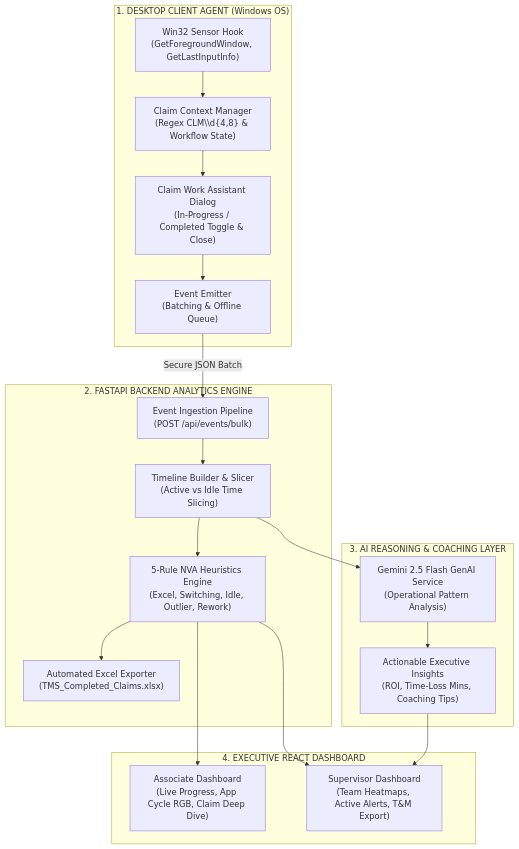
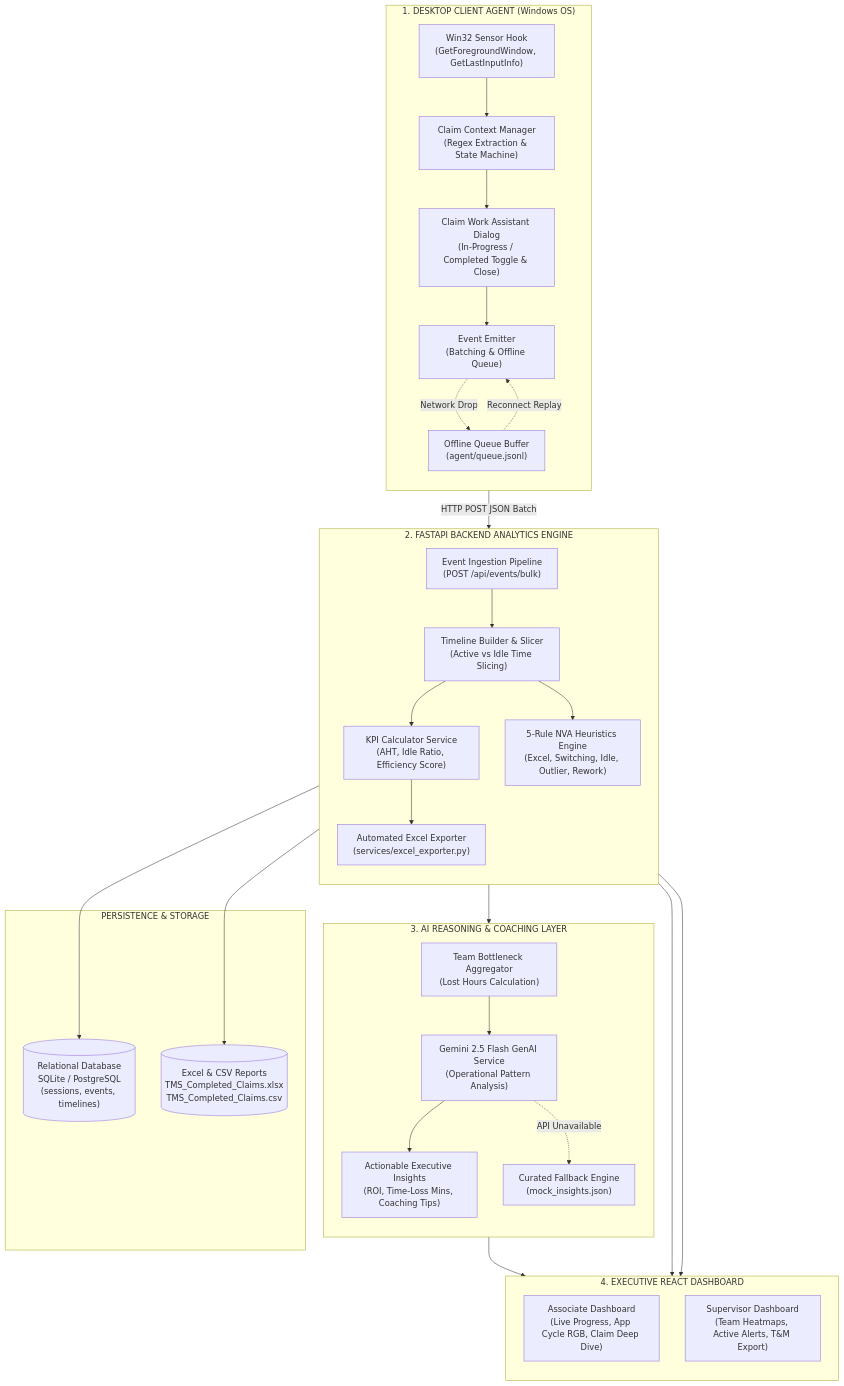
Before and after one commit to Gokul2004-ne/TMS: the first of 2 diagrams in README.md, drawn with Mermaid. The commit also changed other lines of this file, not shown here.

Commit message:
docs: structure and align README with verified diagrams and development method

````diff
--- a/README.md
+++ b/README.md
@@ -37,34 +37,62 @@
 ```mermaid
-graph TD
-    subgraph Layer1["1. DESKTOP CLIENT AGENT (Windows OS)"]
+flowchart TD
+    subgraph ClientLayer ["1. DESKTOP CLIENT AGENT (Windows OS)"]
+        direction TB
         W32["Win32 Sensor Hook<br/>(GetForegroundWindow, GetLastInputInfo)"]
-        CCM["Claim Context Manager<br/>(Regex CLM\\d{4,8} & Workflow State)"]
+        CCM["Claim Context Manager<br/>(Regex Extraction & State Machine)"]
         DLG["Claim Work Assistant Dialog<br/>(In-Progress / Completed Toggle & Close)"]
         EMIT["Event Emitter<br/>(Batching & Offline Queue)"]
-        W32 --> CCM --> DLG --> EMIT
+        DISK["Offline Queue Buffer<br/>(agent/queue.jsonl)"]
+
+        W32 --> CCM
+        CCM --> DLG
+        DLG --> EMIT
+        EMIT -.->|Network Drop| DISK
+        DISK -.->|Reconnect Replay| EMIT
     end
 
-    subgraph Layer2["2. FASTAPI BACKEND ANALYTICS ENGINE"]
+    subgraph BackendLayer ["2. FASTAPI BACKEND ANALYTICS ENGINE"]
+        direction TB
         INGEST["Event Ingestion Pipeline<br/>(POST /api/events/bulk)"]
         TLB["Timeline Builder & Slicer<br/>(Active vs Idle Time Slicing)"]
+        KPI["KPI Calculator Service<br/>(AHT, Idle Ratio, Efficiency Score)"]
         NVA["5-Rule NVA Heuristics Engine<br/>(Excel, Switching, Idle, Outlier, Rework)"]
-        XLS["Automated Excel Exporter<br/>(TMS_Completed_Claims.xlsx)"]
-        INGEST --> TLB --> NVA --> XLS
+        XLS["Automated Excel Exporter<br/>(services/excel_exporter.py)"]
+
+        INGEST --> TLB
+        TLB --> KPI
+        TLB --> NVA
+        KPI --> XLS
     end
 
-    subgraph Layer3["3. AI REASONING & COACHING LAYER"]
+    subgraph StorageLayer ["PERSISTENCE & STORAGE"]
+        DB[("Relational Database<br/>SQLite / PostgreSQL<br/>(sessions, events, timelines)")]
+        XLS_FILE[("Excel & CSV Reports<br/>TMS_Completed_Claims.xlsx<br/>TMS_Completed_Claims.csv")]
+    end
+
+    subgraph AILayer ["3. AI REASONING & COACHING LAYER"]
+        direction TB
+        AGG["Team Bottleneck Aggregator<br/>(Lost Hours Calculation)"]
         GEMINI["Gemini 2.5 Flash GenAI Service<br/>(Operational Pattern Analysis)"]
         INSIGHTS["Actionable Executive Insights<br/>(ROI, Time-Loss Mins, Coaching Tips)"]
-        TLB --> GEMINI --> INSIGHTS
+        FALLBACK["Curated Fallback Engine<br/>(mock_insights.json)"]
+
+        AGG --> GEMINI
+        GEMINI --> INSIGHTS
+        GEMINI -.->|API Unavailable| FALLBACK
     end
 
-    subgraph Layer4["4. EXECUTIVE REACT DASHBOARD"]
+    subgraph DashboardLayer ["4. EXECUTIVE REACT DASHBOARD"]
+        direction TB
         ASSOC_DASH["Associate Dashboard<br/>(Live Progress, App Cycle RGB, Claim Deep Dive)"]
         SUP_DASH["Supervisor Dashboard<br/>(Team Heatmaps, Active Alerts, T&M Export)"]
     end
 
-    EMIT -->|Secure JSON Batch| INGEST
+    EMIT -->|HTTP POST JSON Batch| INGEST
+    TLB --> DB
+    XLS --> XLS_FILE
+    NVA --> AGG
     NVA --> ASSOC_DASH
     NVA --> SUP_DASH
     INSIGHTS --> SUP_DASH
 ```
````
